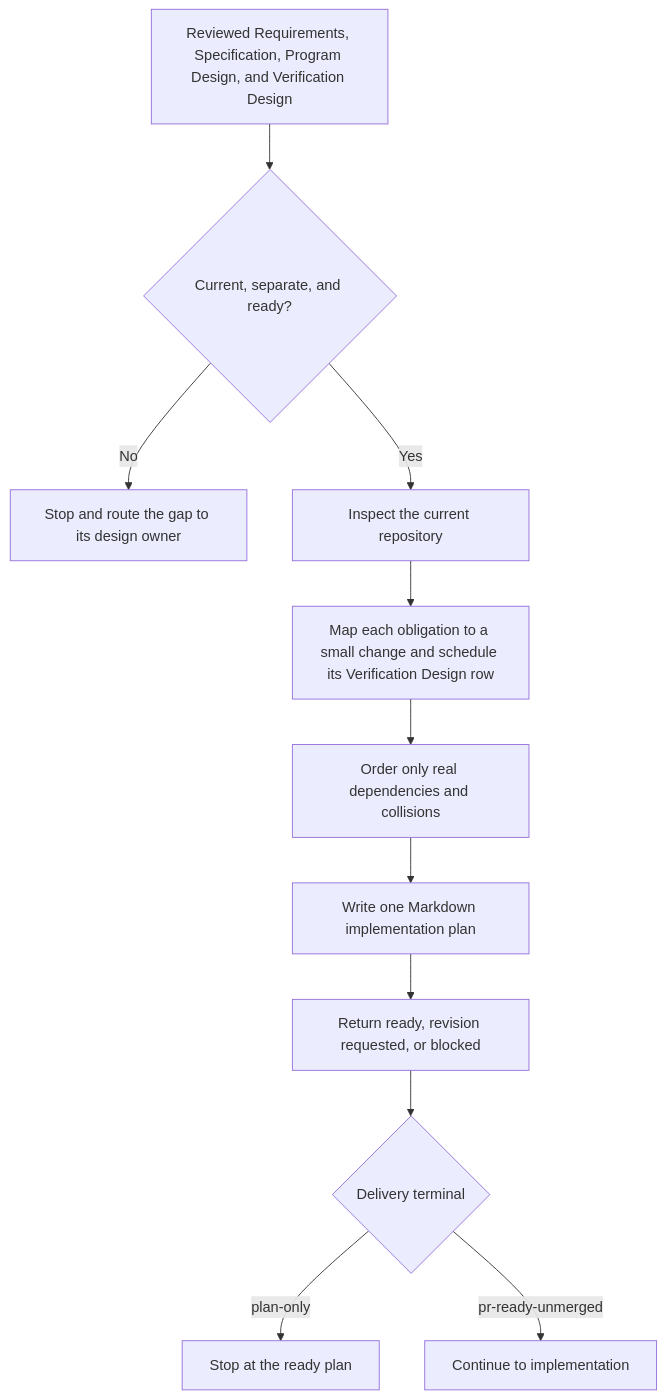
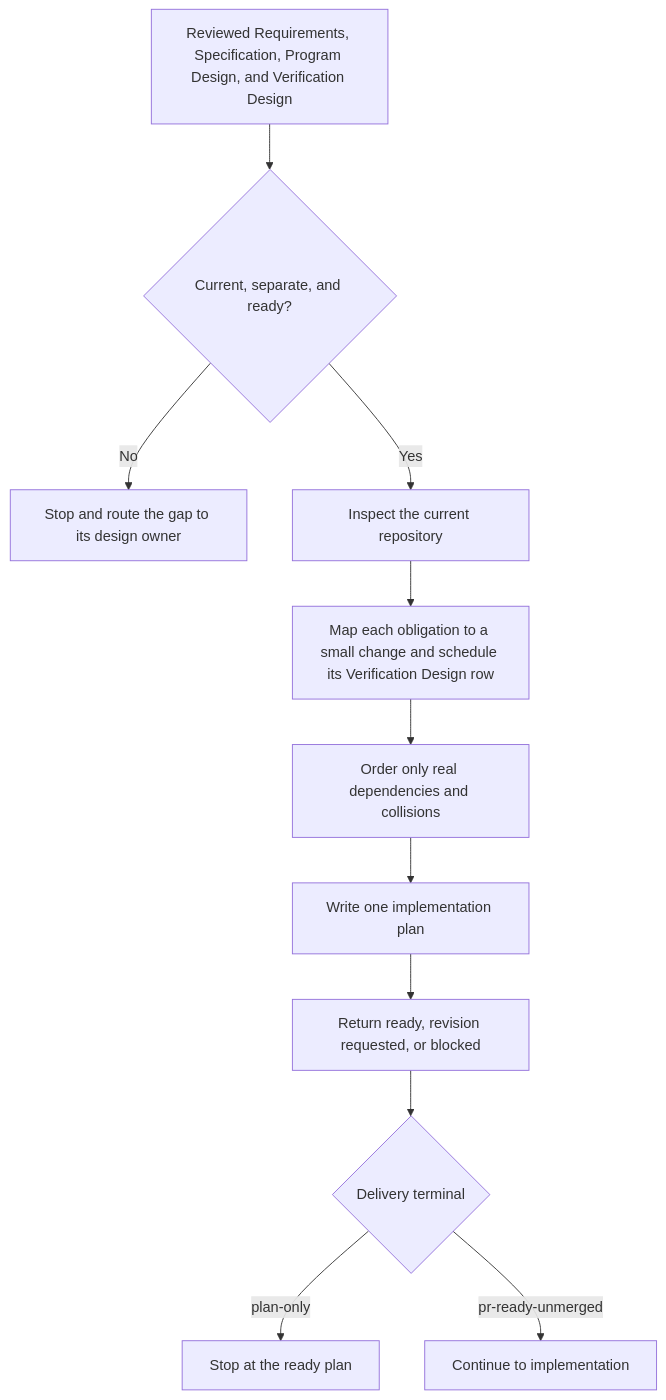
One commit to ShravanSunder/sunstack changed the diagram in plugins/sunstack-dev/skills/plan-implementation/README.md. Above: the diagram before and after it, drawn with Mermaid. The commit also changed other lines of this file and 7 other files, not shown here.

First line of the commit message:
feat(plan-implementation): a plan from a design set is a page, optionally scoped to one deliverable (run 9)

````diff
--- a/plugins/sunstack-dev/skills/plan-implementation/README.md
+++ b/plugins/sunstack-dev/skills/plan-implementation/README.md
@@ -9,13 +9,13 @@
 ```mermaid
 flowchart TD
     A[Reviewed Requirements, Specification, Program Design, and Verification Design] --> B{Current, separate, and ready?}
     B -- No --> C[Stop and route the gap to its design owner]
     B -- Yes --> D[Inspect the current repository]
     D --> E[Map each obligation to a small change and schedule its Verification Design row]
     E --> F[Order only real dependencies and collisions]
-    F --> G[Write one Markdown implementation plan]
+    F --> G[Write one implementation plan]
     G --> H[Return ready, revision requested, or blocked]
     H --> I{Delivery terminal}
     I -- plan-only --> J[Stop at the ready plan]
     I -- pr-ready-unmerged --> K[Continue to implementation]
 ```
````
